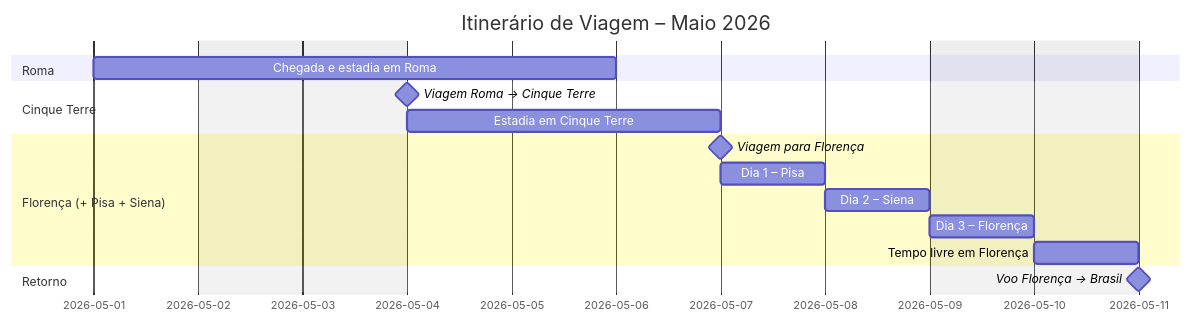
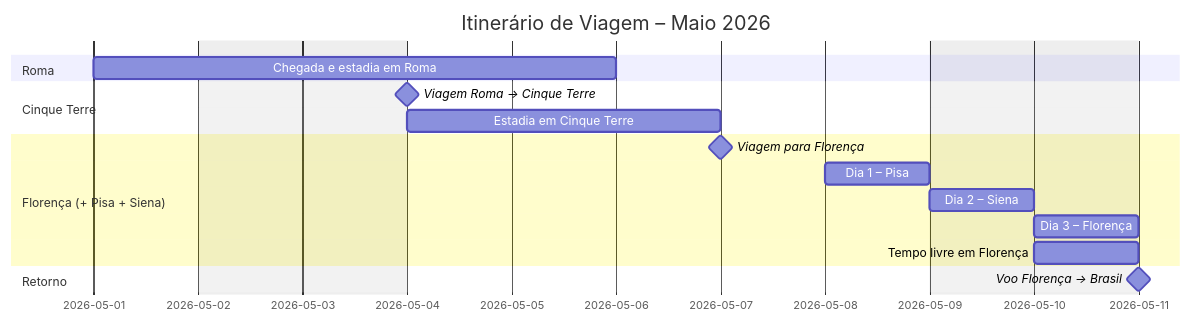
One commit to paulovcastagnari/planejamento-viagem-2026 changed the first of 2 diagrams in README.md. Above: the diagram before and after it, drawn with Mermaid. The commit also changed other lines of this file, not shown here.

````diff
--- a/README.md
+++ b/README.md
@@ -21,23 +21,23 @@
 ```mermaid
 gantt
     dateFormat  YYYY-MM-DD
     title Itinerário de Viagem – Maio 2026
     excludes weekends
 
     section Roma
     Chegada e estadia em Roma     :2026-05-01, 3d
 
     section Cinque Terre
     Viagem Roma → Cinque Terre   :milestone, ct_arrive, 2026-05-04, 0d
     Estadia em Cinque Terre      :2026-05-04, 3d
 
     section Florença (+ Pisa + Siena)
     Viagem para Florença         :milestone, fl_arrive, 2026-05-07, 0d
-    Dia 1 – Pisa                 :2026-05-07, 1d
-    Dia 2 – Siena                :2026-05-08, 1d
-    Dia 3 – Florença             :2026-05-09, 1d
+    Dia 1 – Pisa                 :2026-05-08, 1d
+    Dia 2 – Siena                :2026-05-09, 1d
+    Dia 3 – Florença             :2026-05-10, 1d
     Tempo livre em Florença      :2026-05-10, 1d
 
     section Retorno
     Voo Florença → Brasil        :milestone, return_bra, 2026-05-11, 0d
 ```
````
